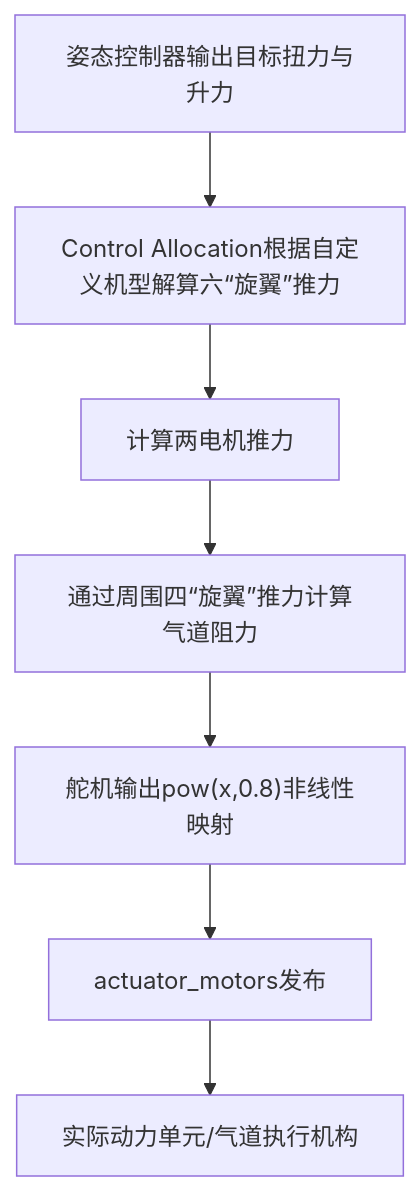
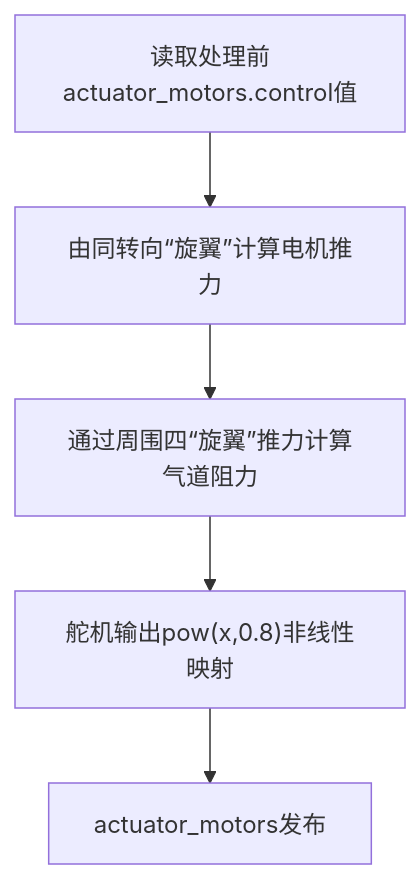
One commit to issaccheng2008/px4_v1.16 changed the fourth of 4 diagrams in 软件开发说明.md. Above: the diagram before and after it, drawn with Mermaid. The commit also changed other lines of this file, not shown here.

````diff
--- a/软件开发说明.md
+++ b/软件开发说明.md
@@ -134,11 +132,8 @@
 ```mermaid
 flowchart TB
-    A[姿态控制器输出目标扭力与升力] --> B[Control Allocation根据自定义机型解算六“旋翼”推力]
-    B --> C[计算两电机推力]
-
+    B[读取处理前actuator_motors.control值] --> C[由同转向“旋翼”计算电机推力]
     C --> D[通过周围四“旋翼”推力计算气道阻力]
     D --> E["舵机输出pow(x,0.8)非线性映射"]
 
     E --> F[actuator_motors发布]
-    F --> G[实际动力单元/气道执行机构]
 ```
````
